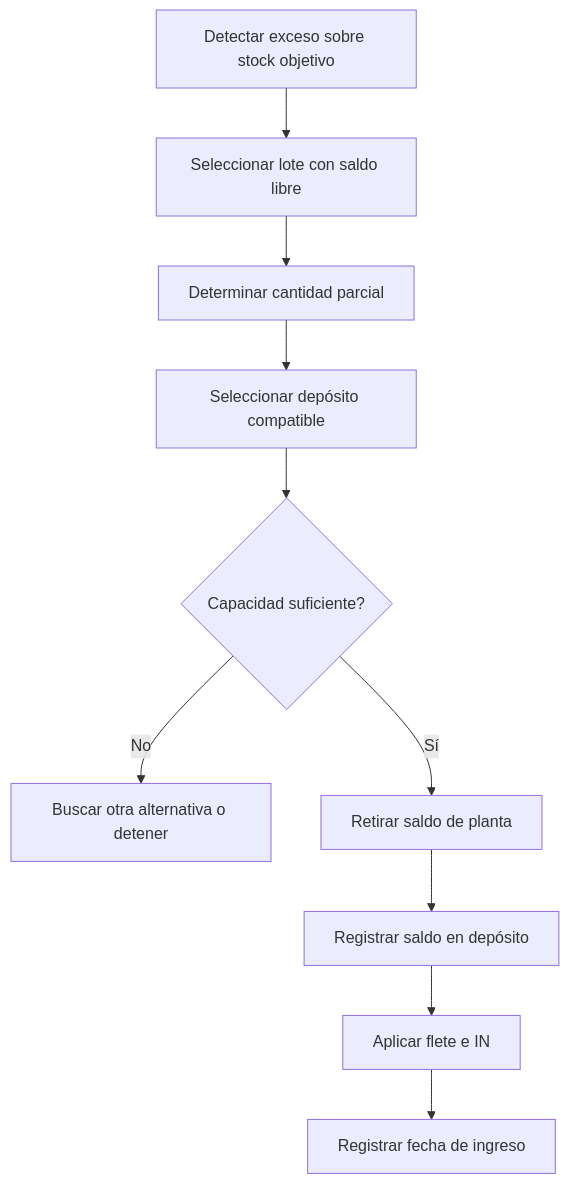
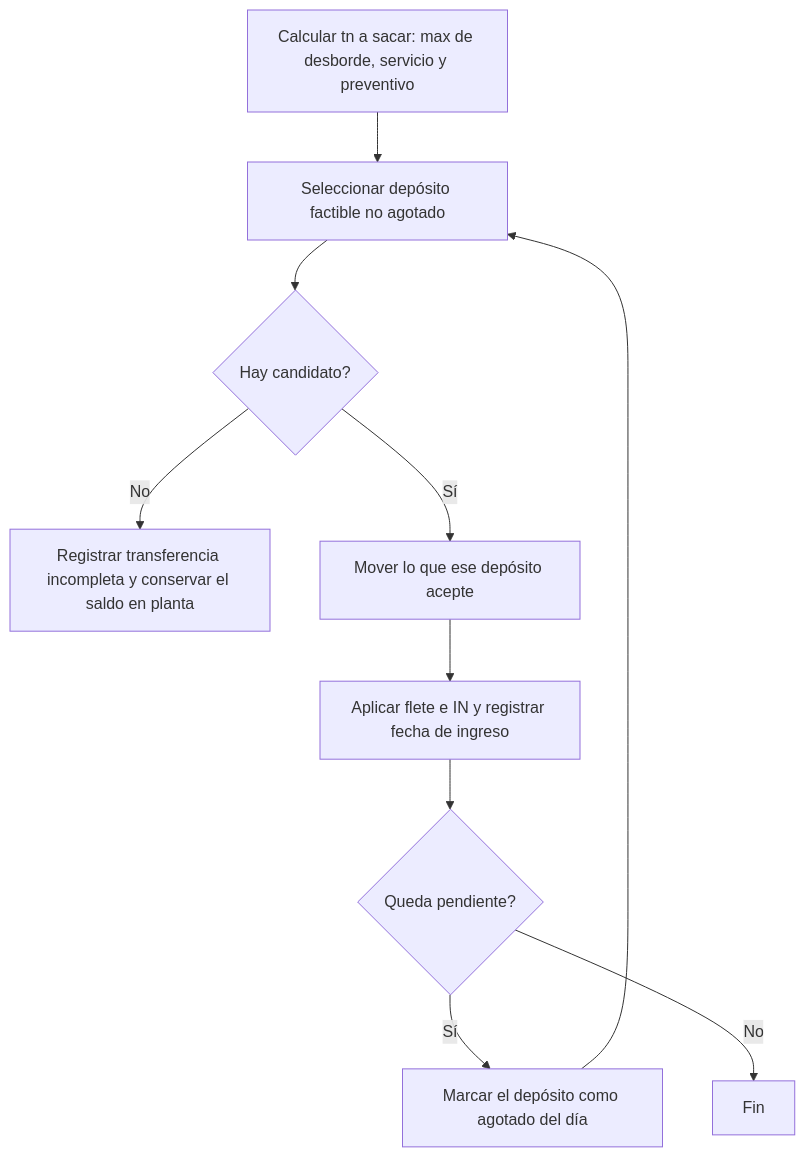
One commit to mazzuccoda/Anylogic_log_arg_2026 changed the second of 5 diagrams in docs/04_Flujos/Flujos_Operativos.md. Above: the diagram before and after it, drawn with Mermaid. The commit also changed other lines of this file and 19 other files, not shown here.

Commit message:
feat(modelo): pedidos parciales con multiples origenes y transferencia preventiva (MOD, ADR-055/056)

````diff
--- a/docs/04_Flujos/Flujos_Operativos.md
+++ b/docs/04_Flujos/Flujos_Operativos.md
@@ -40,12 +40,11 @@
 ```mermaid
 flowchart TD
-    A[Detectar exceso sobre stock objetivo] --> B[Seleccionar lote con saldo libre]
-    B --> C[Determinar cantidad parcial]
-    C --> D[Seleccionar depósito compatible]
-    D --> E{Capacidad suficiente?}
-    E -->|No| F[Buscar otra alternativa o detener]
-    E -->|Sí| G[Retirar saldo de planta]
-    G --> H[Registrar saldo en depósito]
-    H --> I[Aplicar flete e IN]
-    I --> J[Registrar fecha de ingreso]
+    A[Calcular tn a sacar: max de desborde, servicio y preventivo] --> B[Seleccionar depósito factible no agotado]
+    B --> C{Hay candidato?}
+    C -->|No| D[Registrar transferencia incompleta y conservar el saldo en planta]
+    C -->|Sí| E[Mover lo que ese depósito acepte]
+    E --> F[Aplicar flete e IN y registrar fecha de ingreso]
+    F --> G{Queda pendiente?}
+    G -->|Sí| H[Marcar el depósito como agotado del día] --> B
+    G -->|No| I[Fin]
 ```
````
